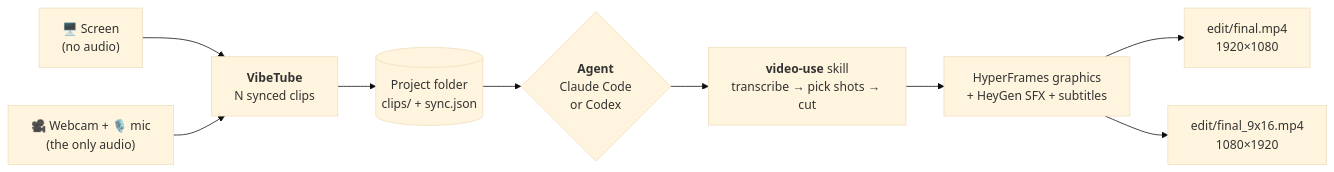
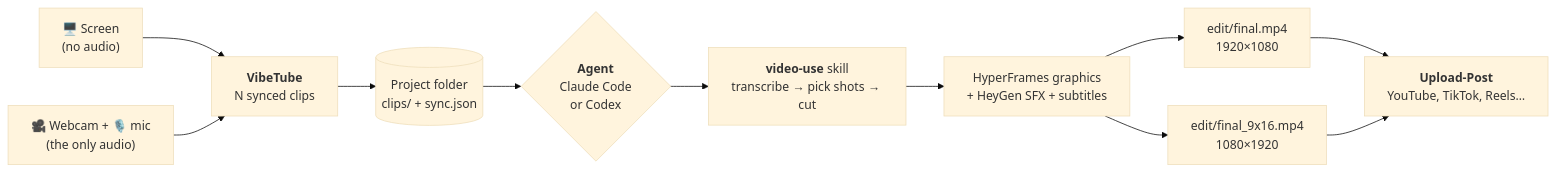
Before and after one commit to mutonby/vibetube: the first of 2 diagrams in README.md, drawn with Mermaid (base theme). The commit also changed other lines of this file and 12 other files, not shown here.

First line of the commit message:
feat: publicar el vídeo final en YouTube y compañía desde la app

````diff
--- a/README.md
+++ b/README.md
@@ -15,11 +15,13 @@
 ```mermaid
 flowchart LR
     S["🖥️ Screen<br/>(no audio)"] --> R
     W["🎥 Webcam + 🎙️ mic<br/>(the only audio)"] --> R
     R["<b>VibeTube</b><br/>N synced clips"] --> P[("Project folder<br/>clips/ + sync.json")]
     P --> A{"<b>Agent</b><br/>Claude Code<br/>or Codex"}
     A --> V["<b>video-use</b> skill<br/>transcribe → pick shots → cut"]
     V --> G["HyperFrames graphics<br/>+ HeyGen SFX + subtitles"]
     G --> H["edit/final.mp4<br/>1920×1080"]
     G --> N["edit/final_9x16.mp4<br/>1080×1920"]
+    H --> U["<b>Upload-Post</b><br/>YouTube, TikTok, Reels…"]
+    N --> U
 ```
````
